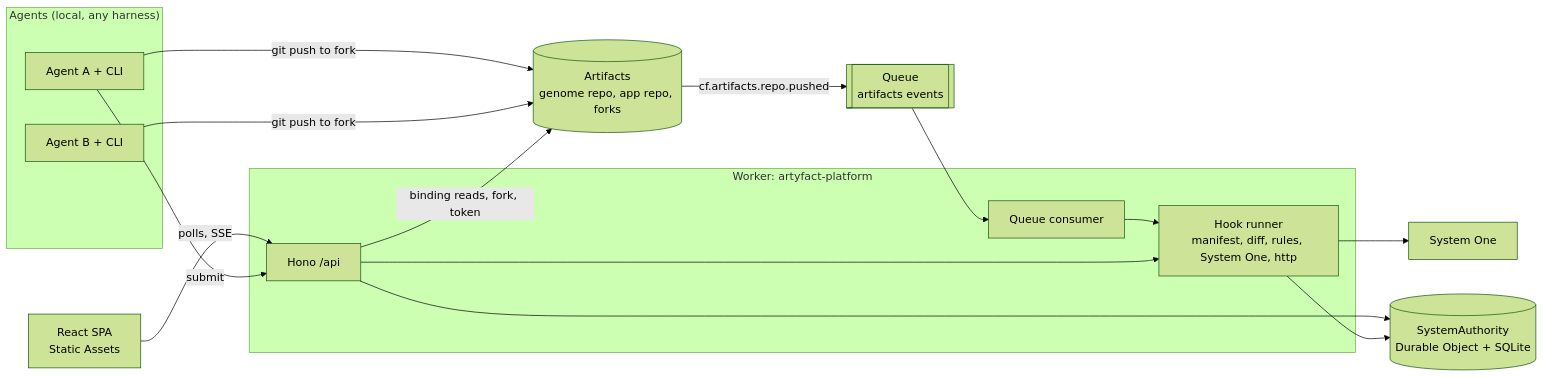
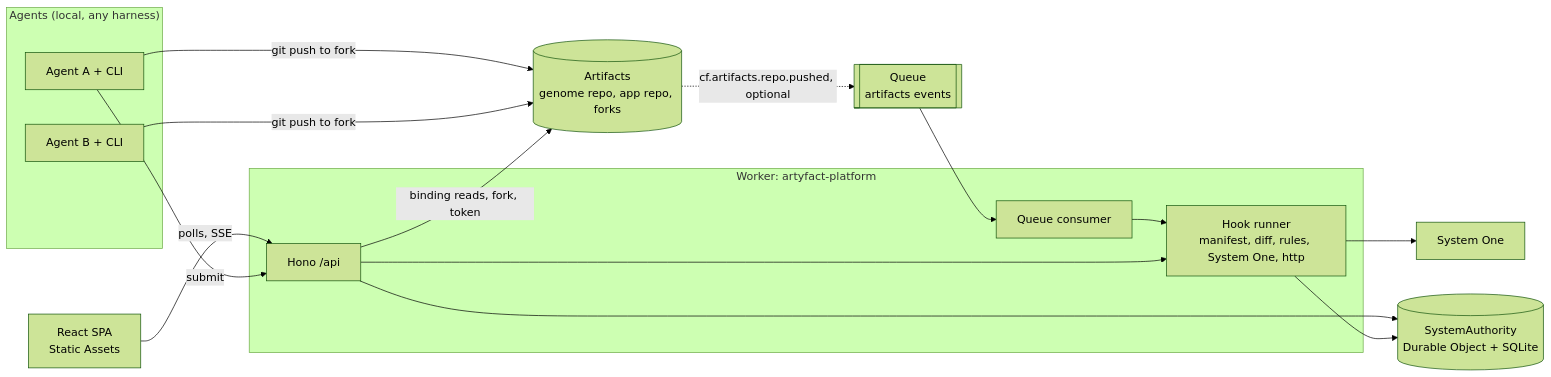
The diagram in README.md (sdawka/artyfact-cf), drawn with Mermaid (forest theme) before and after one commit. The commit also changed other lines of this file and 13 other files, not shown here.

````diff
--- a/README.md
+++ b/README.md
@@ -51,29 +51,29 @@
 ```mermaid
 flowchart LR
   subgraph Agents["Agents (local, any harness)"]
     A1[Agent A + CLI]
     A2[Agent B + CLI]
   end
   UI[React SPA<br/>Static Assets]
   subgraph Worker["Worker: artyfact-platform"]
     API[Hono /api]
     Q[Queue consumer]
     Hooks[Hook runner<br/>manifest, diff, rules, System One, http]
   end
   DO[(SystemAuthority<br/>Durable Object + SQLite)]
   ART[(Artifacts<br/>genome repo, app repo, forks)]
   QUE[[Queue<br/>artifacts events]]
   S1[System One]
 
   UI -->|polls, SSE| API
   API --> DO
   API -->|binding reads, fork, token| ART
   A1 -->|git push to fork| ART
   A2 -->|git push to fork| ART
   A1 -->|submit| API
-  ART -->|cf.artifacts.repo.pushed| QUE --> Q
+  ART -.->|cf.artifacts.repo.pushed, optional| QUE --> Q
   Q --> Hooks
   API --> Hooks
   Hooks --> S1
   Hooks --> DO
 ```
````
